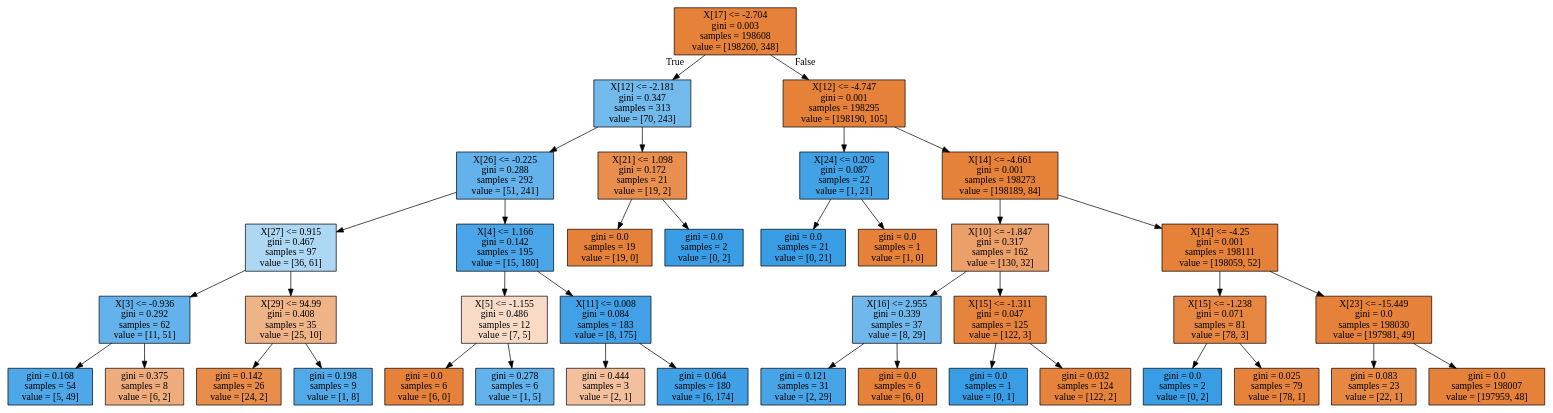
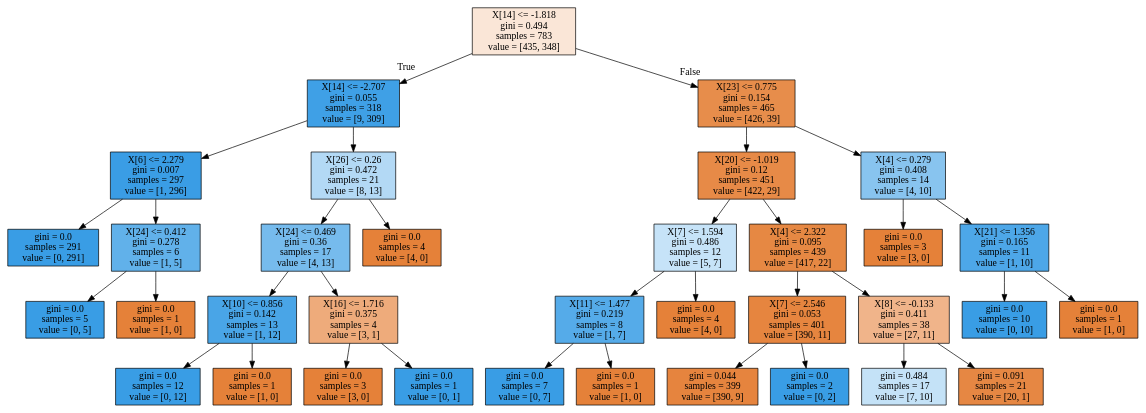
One commit to alu0101224084/TID-group4 changed the diagram in Proyecto/tree.dot. Above: the diagram before and after it, drawn with Graphviz. The commit also changed 2 other files, not shown here.

```diff
--- a/Proyecto/tree.dot
+++ b/Proyecto/tree.dot
@@ -1,80 +1,72 @@
 digraph Tree {
 node [shape=box, style="filled", color="black"] ;
-0 [label="X[17] <= -2.704\ngini = 0.003\nsamples = 198608\nvalue = [198260, 348]", fillcolor="#e58139"] ;
-1 [label="X[12] <= -2.181\ngini = 0.347\nsamples = 313\nvalue = [70, 243]", fillcolor="#72b9ec"] ;
+0 [label="X[14] <= -1.818\ngini = 0.494\nsamples = 783\nvalue = [435, 348]", fillcolor="#fae6d7"] ;
+1 [label="X[14] <= -2.707\ngini = 0.055\nsamples = 318\nvalue = [9, 309]", fillcolor="#3fa0e6"] ;
 0 -> 1 [labeldistance=2.5, labelangle=45, headlabel="True"] ;
-2 [label="X[26] <= -0.225\ngini = 0.288\nsamples = 292\nvalue = [51, 241]", fillcolor="#63b2eb"] ;
+2 [label="X[6] <= 2.279\ngini = 0.007\nsamples = 297\nvalue = [1, 296]", fillcolor="#3a9de5"] ;
 1 -> 2 ;
-3 [label="X[27] <= 0.915\ngini = 0.467\nsamples = 97\nvalue = [36, 61]", fillcolor="#aed7f4"] ;
+3 [label="gini = 0.0\nsamples = 291\nvalue = [0, 291]", fillcolor="#399de5"] ;
 2 -> 3 ;
-4 [label="X[3] <= -0.936\ngini = 0.292\nsamples = 62\nvalue = [11, 51]", fillcolor="#64b2eb"] ;
-3 -> 4 ;
-5 [label="gini = 0.168\nsamples = 54\nvalue = [5, 49]", fillcolor="#4da7e8"] ;
+4 [label="X[24] <= 0.412\ngini = 0.278\nsamples = 6\nvalue = [1, 5]", fillcolor="#61b1ea"] ;
+2 -> 4 ;
+5 [label="gini = 0.0\nsamples = 5\nvalue = [0, 5]", fillcolor="#399de5"] ;
 4 -> 5 ;
-6 [label="gini = 0.375\nsamples = 8\nvalue = [6, 2]", fillcolor="#eeab7b"] ;
+6 [label="gini = 0.0\nsamples = 1\nvalue = [1, 0]", fillcolor="#e58139"] ;
 4 -> 6 ;
-7 [label="X[29] <= 94.99\ngini = 0.408\nsamples = 35\nvalue = [25, 10]", fillcolor="#efb388"] ;
-3 -> 7 ;
-8 [label="gini = 0.142\nsamples = 26\nvalue = [24, 2]", fillcolor="#e78c49"] ;
+7 [label="X[26] <= 0.26\ngini = 0.472\nsamples = 21\nvalue = [8, 13]", fillcolor="#b3d9f5"] ;
+1 -> 7 ;
+8 [label="X[24] <= 0.469\ngini = 0.36\nsamples = 17\nvalue = [4, 13]", fillcolor="#76bbed"] ;
 7 -> 8 ;
-9 [label="gini = 0.198\nsamples = 9\nvalue = [1, 8]", fillcolor="#52a9e8"] ;
-7 -> 9 ;
-10 [label="X[4] <= 1.166\ngini = 0.142\nsamples = 195\nvalue = [15, 180]", fillcolor="#49a5e7"] ;
-2 -> 10 ;
-11 [label="X[5] <= -1.155\ngini = 0.486\nsamples = 12\nvalue = [7, 5]", fillcolor="#f8dbc6"] ;
-10 -> 11 ;
-12 [label="gini = 0.0\nsamples = 6\nvalue = [6, 0]", fillcolor="#e58139"] ;
-11 -> 12 ;
-13 [label="gini = 0.278\nsamples = 6\nvalue = [1, 5]", fillcolor="#61b1ea"] ;
-11 -> 13 ;
-14 [label="X[11] <= 0.008\ngini = 0.084\nsamples = 183\nvalue = [8, 175]", fillcolor="#42a1e6"] ;
-10 -> 14 ;
-15 [label="gini = 0.444\nsamples = 3\nvalue = [2, 1]", fillcolor="#f2c09c"] ;
-14 -> 15 ;
-16 [label="gini = 0.064\nsamples = 180\nvalue = [6, 174]", fillcolor="#40a0e6"] ;
-14 -> 16 ;
-17 [label="X[21] <= 1.098\ngini = 0.172\nsamples = 21\nvalue = [19, 2]", fillcolor="#e88e4e"] ;
-1 -> 17 ;
-18 [label="gini = 0.0\nsamples = 19\nvalue = [19, 0]", fillcolor="#e58139"] ;
+9 [label="X[10] <= 0.856\ngini = 0.142\nsamples = 13\nvalue = [1, 12]", fillcolor="#49a5e7"] ;
+8 -> 9 ;
+10 [label="gini = 0.0\nsamples = 12\nvalue = [0, 12]", fillcolor="#399de5"] ;
+9 -> 10 ;
+11 [label="gini = 0.0\nsamples = 1\nvalue = [1, 0]", fillcolor="#e58139"] ;
+9 -> 11 ;
+12 [label="X[16] <= 1.716\ngini = 0.375\nsamples = 4\nvalue = [3, 1]", fillcolor="#eeab7b"] ;
+8 -> 12 ;
+13 [label="gini = 0.0\nsamples = 3\nvalue = [3, 0]", fillcolor="#e58139"] ;
+12 -> 13 ;
+14 [label="gini = 0.0\nsamples = 1\nvalue = [0, 1]", fillcolor="#399de5"] ;
+12 -> 14 ;
+15 [label="gini = 0.0\nsamples = 4\nvalue = [4, 0]", fillcolor="#e58139"] ;
+7 -> 15 ;
+16 [label="X[23] <= 0.775\ngini = 0.154\nsamples = 465\nvalue = [426, 39]", fillcolor="#e78d4b"] ;
+0 -> 16 [labeldistance=2.5, labelangle=-45, headlabel="False"] ;
+17 [label="X[20] <= -1.019\ngini = 0.12\nsamples = 451\nvalue = [422, 29]", fillcolor="#e78a47"] ;
+16 -> 17 ;
+18 [label="X[7] <= 1.594\ngini = 0.486\nsamples = 12\nvalue = [5, 7]", fillcolor="#c6e3f8"] ;
 17 -> 18 ;
-19 [label="gini = 0.0\nsamples = 2\nvalue = [0, 2]", fillcolor="#399de5"] ;
-17 -> 19 ;
-20 [label="X[12] <= -4.747\ngini = 0.001\nsamples = 198295\nvalue = [198190, 105]", fillcolor="#e58139"] ;
-0 -> 20 [labeldistance=2.5, labelangle=-45, headlabel="False"] ;
-21 [label="X[24] <= 0.205\ngini = 0.087\nsamples = 22\nvalue = [1, 21]", fillcolor="#42a2e6"] ;
-20 -> 21 ;
-22 [label="gini = 0.0\nsamples = 21\nvalue = [0, 21]", fillcolor="#399de5"] ;
-21 -> 22 ;
-23 [label="gini = 0.0\nsamples = 1\nvalue = [1, 0]", fillcolor="#e58139"] ;
-21 -> 23 ;
-24 [label="X[14] <= -4.661\ngini = 0.001\nsamples = 198273\nvalue = [198189, 84]", fillcolor="#e58139"] ;
-20 -> 24 ;
-25 [label="X[10] <= -1.847\ngini = 0.317\nsamples = 162\nvalue = [130, 32]", fillcolor="#eba06a"] ;
+19 [label="X[11] <= 1.477\ngini = 0.219\nsamples = 8\nvalue = [1, 7]", fillcolor="#55abe9"] ;
+18 -> 19 ;
+20 [label="gini = 0.0\nsamples = 7\nvalue = [0, 7]", fillcolor="#399de5"] ;
+19 -> 20 ;
+21 [label="gini = 0.0\nsamples = 1\nvalue = [1, 0]", fillcolor="#e58139"] ;
+19 -> 21 ;
+22 [label="gini = 0.0\nsamples = 4\nvalue = [4, 0]", fillcolor="#e58139"] ;
+18 -> 22 ;
+23 [label="X[4] <= 2.322\ngini = 0.095\nsamples = 439\nvalue = [417, 22]", fillcolor="#e68843"] ;
+17 -> 23 ;
+24 [label="X[7] <= 2.546\ngini = 0.053\nsamples = 401\nvalue = [390, 11]", fillcolor="#e6853f"] ;
+23 -> 24 ;
+25 [label="gini = 0.044\nsamples = 399\nvalue = [390, 9]", fillcolor="#e6843e"] ;
 24 -> 25 ;
-26 [label="X[16] <= 2.955\ngini = 0.339\nsamples = 37\nvalue = [8, 29]", fillcolor="#70b8ec"] ;
-25 -> 26 ;
-27 [label="gini = 0.121\nsamples = 31\nvalue = [2, 29]", fillcolor="#47a4e7"] ;
-26 -> 27 ;
-28 [label="gini = 0.0\nsamples = 6\nvalue = [6, 0]", fillcolor="#e58139"] ;
-26 -> 28 ;
-29 [label="X[15] <= -1.311\ngini = 0.047\nsamples = 125\nvalue = [122, 3]", fillcolor="#e6843e"] ;
-25 -> 29 ;
-30 [label="gini = 0.0\nsamples = 1\nvalue = [0, 1]", fillcolor="#399de5"] ;
-29 -> 30 ;
-31 [label="gini = 0.032\nsamples = 124\nvalue = [122, 2]", fillcolor="#e5833c"] ;
-29 -> 31 ;
-32 [label="X[14] <= -4.25\ngini = 0.001\nsamples = 198111\nvalue = [198059, 52]", fillcolor="#e58139"] ;
-24 -> 32 ;
-33 [label="X[15] <= -1.238\ngini = 0.071\nsamples = 81\nvalue = [78, 3]", fillcolor="#e68641"] ;
+26 [label="gini = 0.0\nsamples = 2\nvalue = [0, 2]", fillcolor="#399de5"] ;
+24 -> 26 ;
+27 [label="X[8] <= -0.133\ngini = 0.411\nsamples = 38\nvalue = [27, 11]", fillcolor="#f0b48a"] ;
+23 -> 27 ;
+28 [label="gini = 0.484\nsamples = 17\nvalue = [7, 10]", fillcolor="#c4e2f7"] ;
+27 -> 28 ;
+29 [label="gini = 0.091\nsamples = 21\nvalue = [20, 1]", fillcolor="#e68743"] ;
+27 -> 29 ;
+30 [label="X[4] <= 0.279\ngini = 0.408\nsamples = 14\nvalue = [4, 10]", fillcolor="#88c4ef"] ;
+16 -> 30 ;
+31 [label="gini = 0.0\nsamples = 3\nvalue = [3, 0]", fillcolor="#e58139"] ;
+30 -> 31 ;
+32 [label="X[21] <= 1.356\ngini = 0.165\nsamples = 11\nvalue = [1, 10]", fillcolor="#4da7e8"] ;
+30 -> 32 ;
+33 [label="gini = 0.0\nsamples = 10\nvalue = [0, 10]", fillcolor="#399de5"] ;
 32 -> 33 ;
-34 [label="gini = 0.0\nsamples = 2\nvalue = [0, 2]", fillcolor="#399de5"] ;
-33 -> 34 ;
-35 [label="gini = 0.025\nsamples = 79\nvalue = [78, 1]", fillcolor="#e5833c"] ;
-33 -> 35 ;
-36 [label="X[23] <= -15.449\ngini = 0.0\nsamples = 198030\nvalue = [197981, 49]", fillcolor="#e58139"] ;
-32 -> 36 ;
-37 [label="gini = 0.083\nsamples = 23\nvalue = [22, 1]", fillcolor="#e68742"] ;
-36 -> 37 ;
-38 [label="gini = 0.0\nsamples = 198007\nvalue = [197959, 48]", fillcolor="#e58139"] ;
-36 -> 38 ;
+34 [label="gini = 0.0\nsamples = 1\nvalue = [1, 0]", fillcolor="#e58139"] ;
+32 -> 34 ;
 }
```
